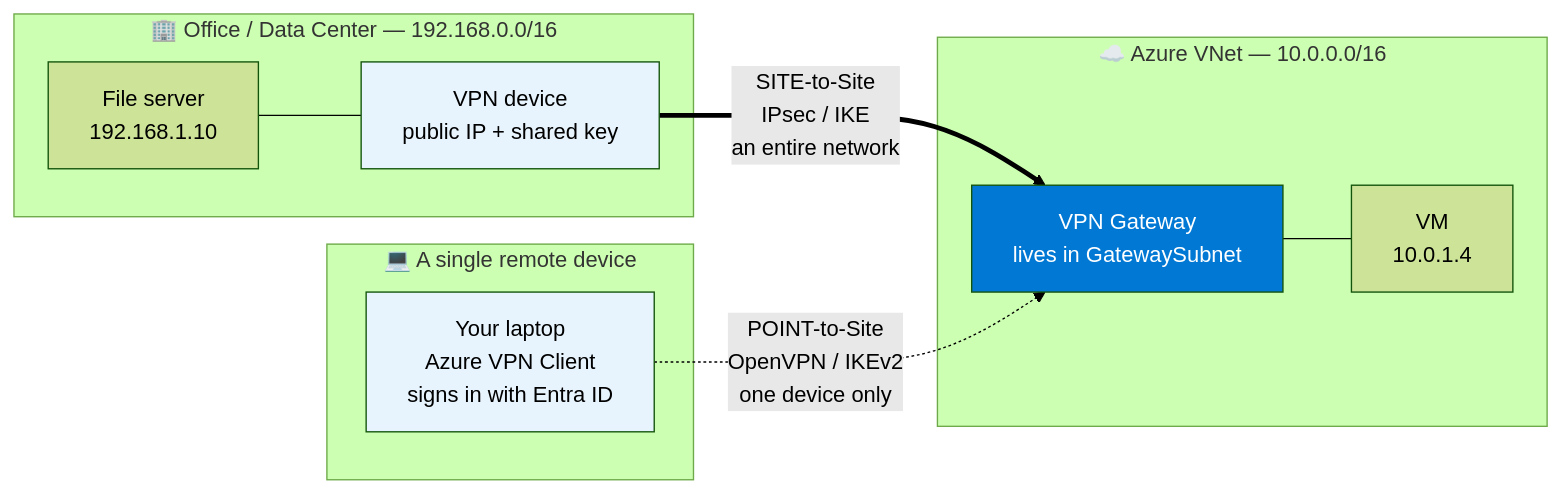
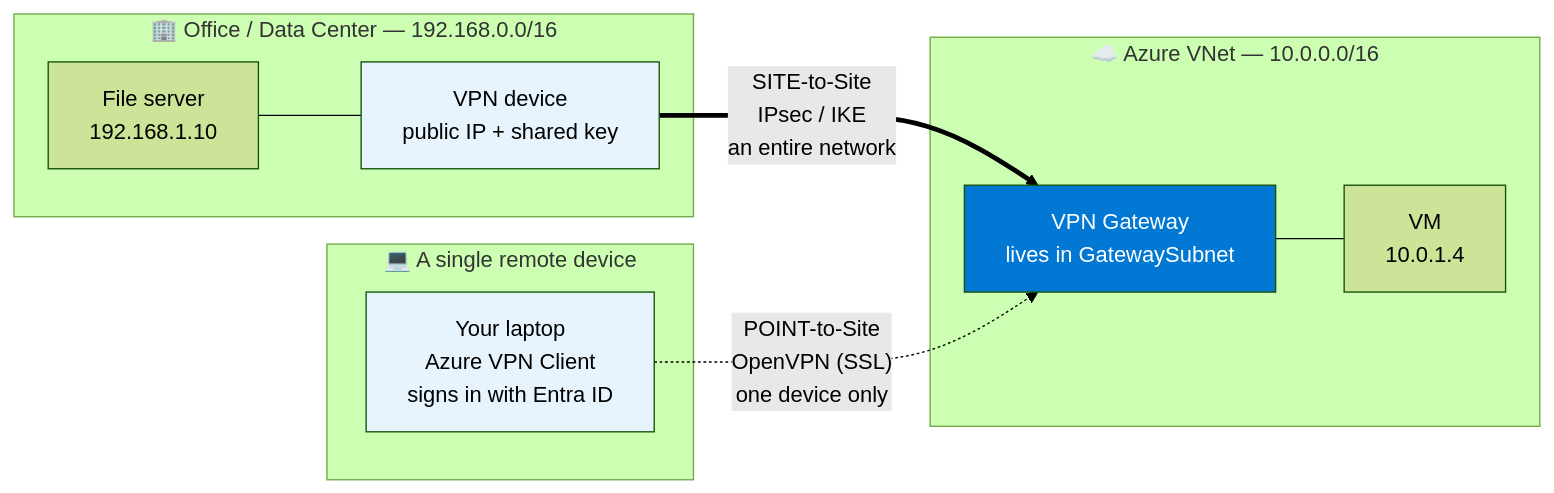
The first of 7 diagrams in docs/day15_vpn_expressroute.md (Iam-mithran/LWM-Azure), drawn with Mermaid (forest theme) before and after one commit. The commit also changed other lines of this file, not shown here.

First line of the commit message:
Update Day 15 VPN lab to match current Azure portal and docs

````diff
--- a/docs/day15_vpn_expressroute.md
+++ b/docs/day15_vpn_expressroute.md
@@ -74,25 +75,25 @@
 ```mermaid
 flowchart LR
     subgraph OFFICE["🏢 Office / Data Center — 192.168.0.0/16"]
         SRV["File server<br/>192.168.1.10"]
         DEV["VPN device<br/>public IP + shared key"]
         SRV --- DEV
     end
 
     subgraph REMOTE["💻 A single remote device"]
         LAP["Your laptop<br/>Azure VPN Client<br/>signs in with Entra ID"]
     end
 
     subgraph AZURE["☁️ Azure VNet — 10.0.0.0/16"]
         GW["VPN Gateway<br/>lives in GatewaySubnet"]
         VM["VM<br/>10.0.1.4"]
         GW --- VM
     end
 
     DEV ==>|"SITE-to-Site<br/>IPsec / IKE<br/>an entire network"| GW
-    LAP -.->|"POINT-to-Site<br/>OpenVPN / IKEv2<br/>one device only"| GW
+    LAP -.->|"POINT-to-Site<br/>OpenVPN (SSL)<br/>one device only"| GW
 
     style GW fill:#0078d4,color:#fff
     style DEV fill:#e8f4fd
     style LAP fill:#e8f4fd
 ```
````
